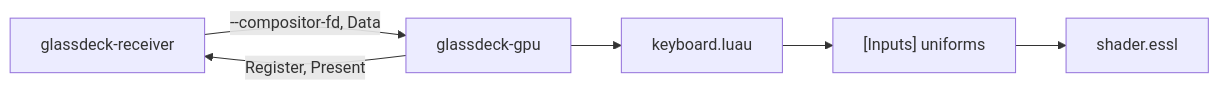
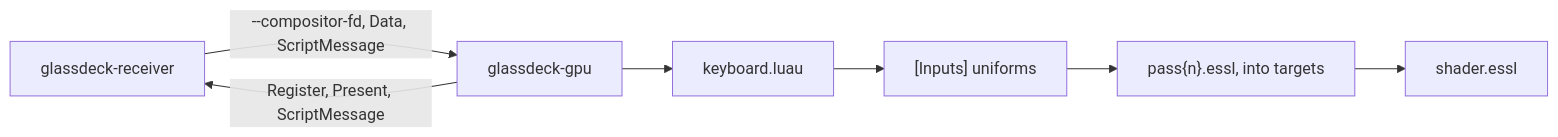
One commit to TareHimself/glassdeck changed the diagram in crates/glassdeck-gpu/README.md. Above: the diagram before and after it, drawn with Mermaid. The commit also changed other lines of this file and 22 other files, not shown here.

````diff
--- a/crates/glassdeck-gpu/README.md
+++ b/crates/glassdeck-gpu/README.md
@@ -7,6 +7,6 @@
 ```mermaid
 flowchart LR
-  r[glassdeck-receiver] -- "--compositor-fd, Data" --> g[glassdeck-gpu]
-  g -- "Register, Present" --> r
-  g --> s[keyboard.luau] --> i["[Inputs] uniforms"] --> f[shader.essl]
+  r[glassdeck-receiver] -- "--compositor-fd, Data, ScriptMessage" --> g[glassdeck-gpu]
+  g -- "Register, Present, ScriptMessage" --> r
+  g --> s[keyboard.luau] --> i["[Inputs] uniforms"] --> p["pass{n}.essl, into targets"] --> f[shader.essl]
 ```
````
